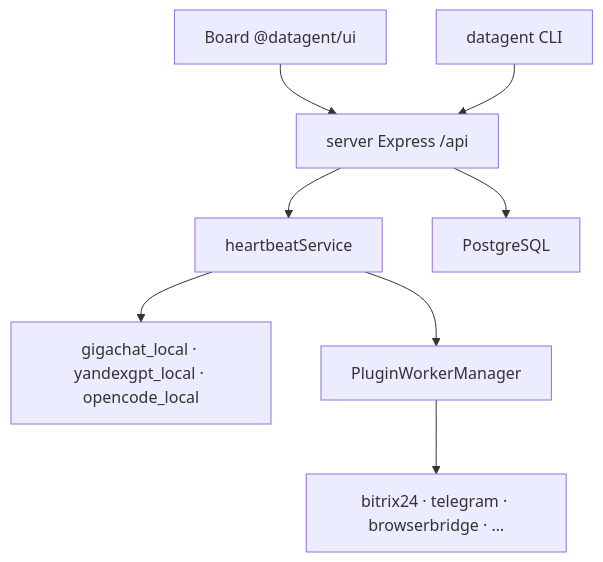
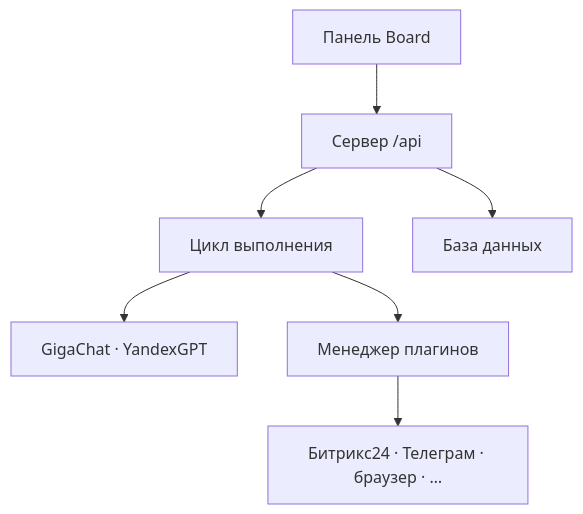
The diagram in docs/intro.mdx (Dmitriion/datagent-docs), drawn with Mermaid before and after one commit. The commit also changed other lines of this file and 52 other files, not shown here.

````diff
--- a/docs/intro.mdx
+++ b/docs/intro.mdx
@@ -45,10 +50,9 @@
 ```mermaid
 flowchart TB
-  UI["Board @datagent/ui"] --> API["server Express /api"]
-  CLI["datagent CLI"] --> API
-  API --> HB["heartbeatService"]
-  HB --> Adp["gigachat_local · yandexgpt_local · opencode_local"]
-  HB --> PWM["PluginWorkerManager"]
-  PWM --> Plg["bitrix24 · telegram · browserbridge · …"]
-  API --> PG["PostgreSQL"]
+  UI["Панель Board"] --> API["Сервер /api"]
+  API --> HB["Цикл выполнения"]
+  HB --> Adp["GigaChat · YandexGPT"]
+  HB --> PWM["Менеджер плагинов"]
+  PWM --> Plg["Битрикс24 · Телеграм · браузер · …"]
+  API --> PG["База данных"]
 ```
````
